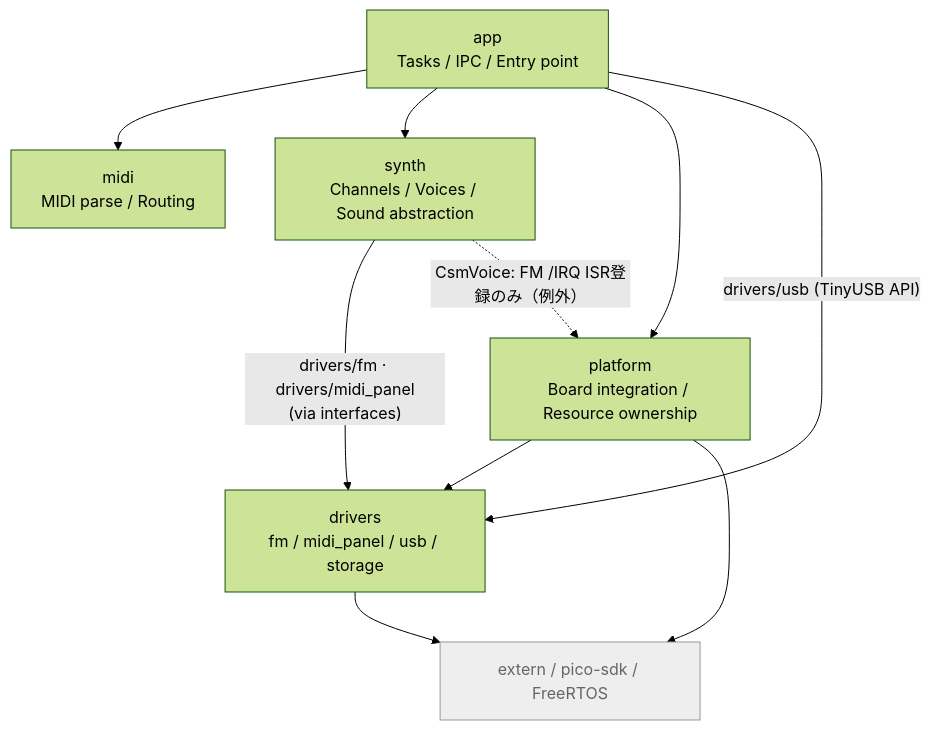
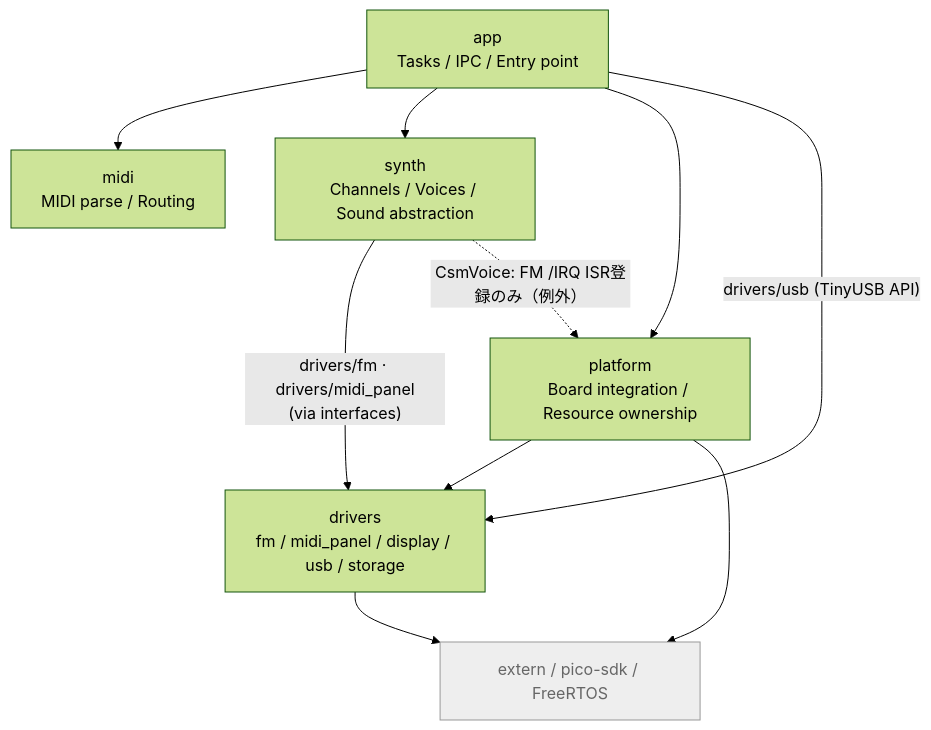
Before and after one commit to 46nori/FMSynthEnsembleV3: the diagram in doc/domain/README.md, drawn with Mermaid (forest theme). The commit also changed other lines of this file and 65 other files, not shown here.

````diff
--- a/doc/domain/README.md
+++ b/doc/domain/README.md
@@ -7,22 +7,22 @@
 ```mermaid
 flowchart TD
     app["app<br>Tasks / IPC / Entry point"]
     midi["midi<br>MIDI parse / Routing"]
     synth["synth<br>Channels / Voices / Sound abstraction"]
     platform["platform<br>Board integration / Resource ownership"]
-    drivers["drivers<br>fm / midi_panel / usb / storage"]
+    drivers["drivers<br>fm / midi_panel / display / usb / storage"]
     ext["extern / pico-sdk / FreeRTOS"]
 
     app --> midi
     app --> synth
     app --> platform
     app -- "drivers/usb (TinyUSB API)" --> drivers
     synth -- "drivers/fm · drivers/midi_panel<br>(via interfaces)" --> drivers
     synth -. "CsmVoice: FM /IRQ ISR登録のみ（例外）" .-> platform
     platform --> drivers
     platform --> ext
     drivers --> ext
 
     classDef external fill:#eee,stroke:#999,color:#666;
     class ext external;
 ```
````
